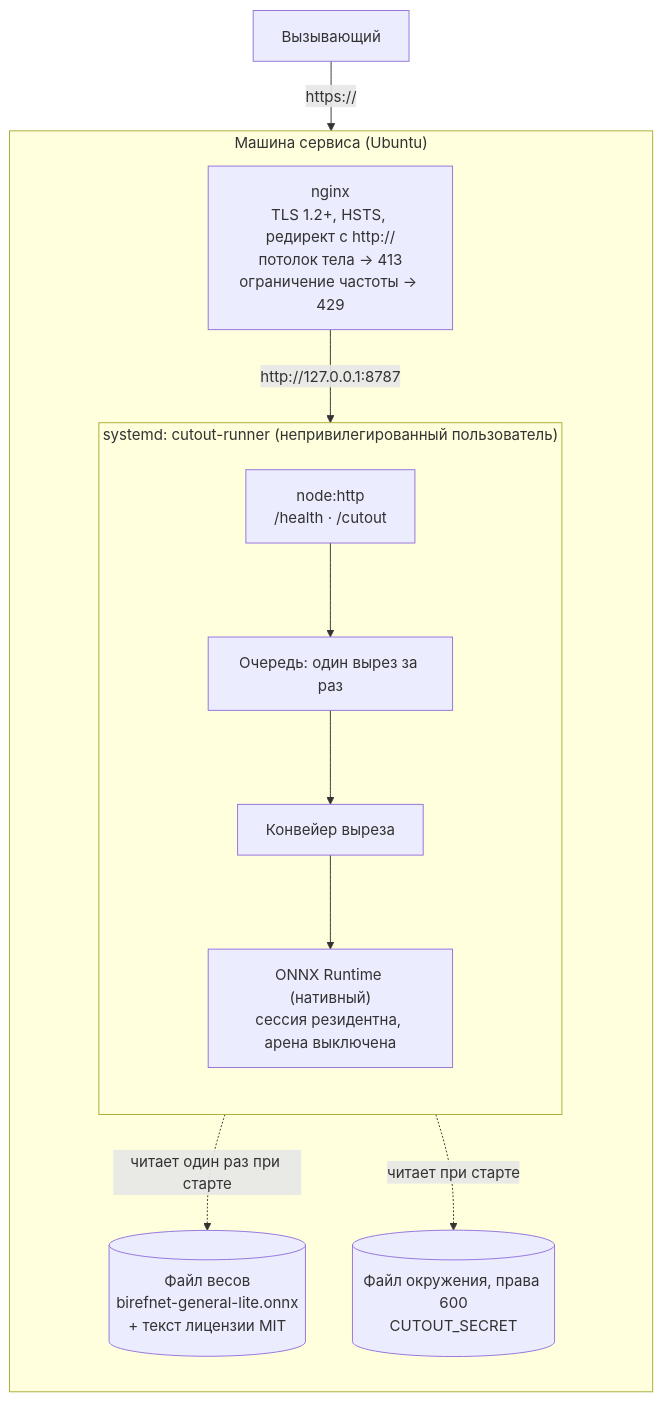
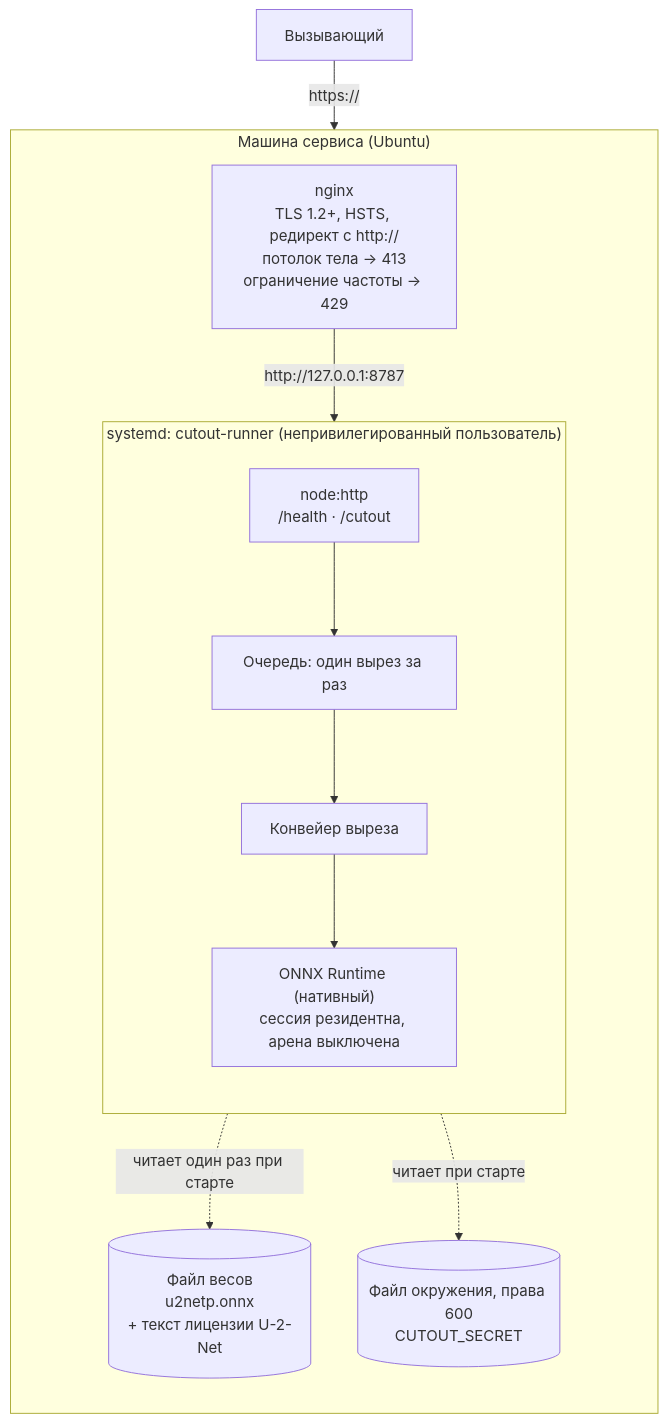
Before and after one commit to ovr58/cutout_runner: the third of 6 diagrams in docs/VISUALS.md, drawn with Mermaid. The commit also changed other lines of this file and 24 other files, not shown here.

First line of the commit message:
feat(model): вырез считает u2netp, активация стала свойством весов

````diff
--- a/docs/VISUALS.md
+++ b/docs/VISUALS.md
@@ -86,24 +86,24 @@
 ```mermaid
 flowchart TB
     C["Вызывающий"]
 
     subgraph HOST["Машина сервиса (Ubuntu)"]
         direction TB
         NG["nginx<br/>TLS 1.2+, HSTS, редирект с http://<br/>потолок тела → 413<br/>ограничение частоты → 429"]
         subgraph UNIT["systemd: cutout-runner (непривилегированный пользователь)"]
             direction TB
             HTTP["node:http<br/>/health · /cutout"]
             GATE["Очередь: один вырез за раз"]
             PIPE["Конвейер выреза"]
             ORT["ONNX Runtime (нативный)<br/>сессия резидентна, арена выключена"]
             HTTP --> GATE --> PIPE --> ORT
         end
-        MODEL[("Файл весов<br/>birefnet-general-lite.onnx<br/>+ текст лицензии MIT")]
+        MODEL[("Файл весов<br/>u2netp.onnx<br/>+ текст лицензии U-2-Net")]
         ENV[("Файл окружения, права 600<br/>CUTOUT_SECRET")]
     end
 
     C -- "https://" --> NG
     NG -- "http://127.0.0.1:8787" --> HTTP
     ORT -. "читает один раз при старте" .-> MODEL
     HTTP -. "читает при старте" .-> ENV
 ```
````
